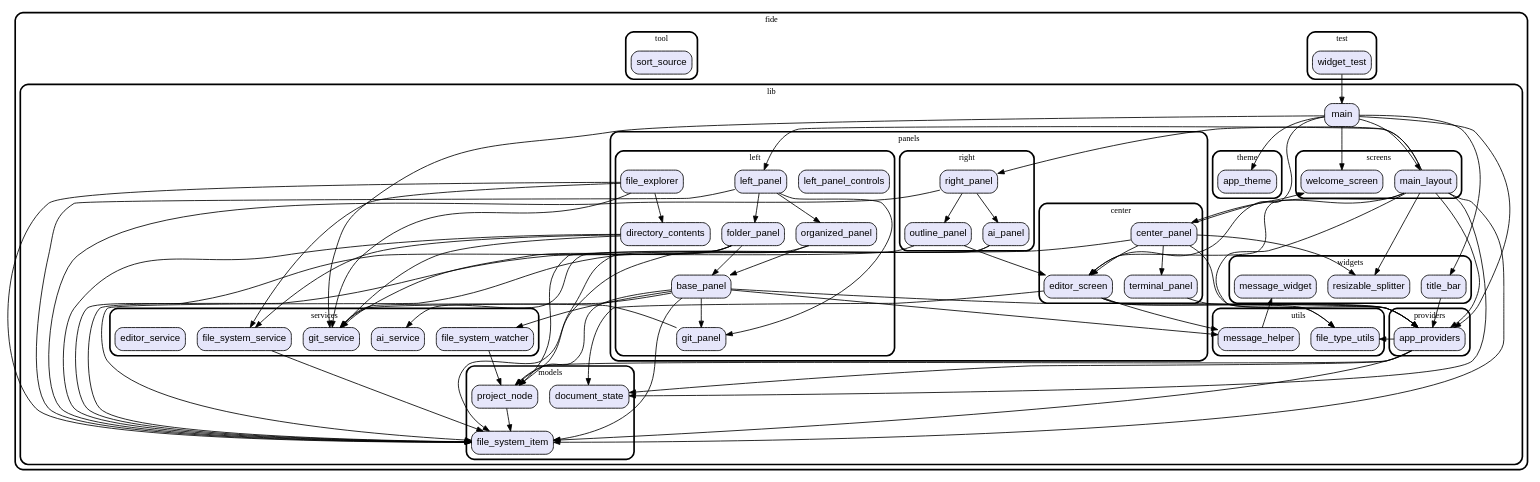
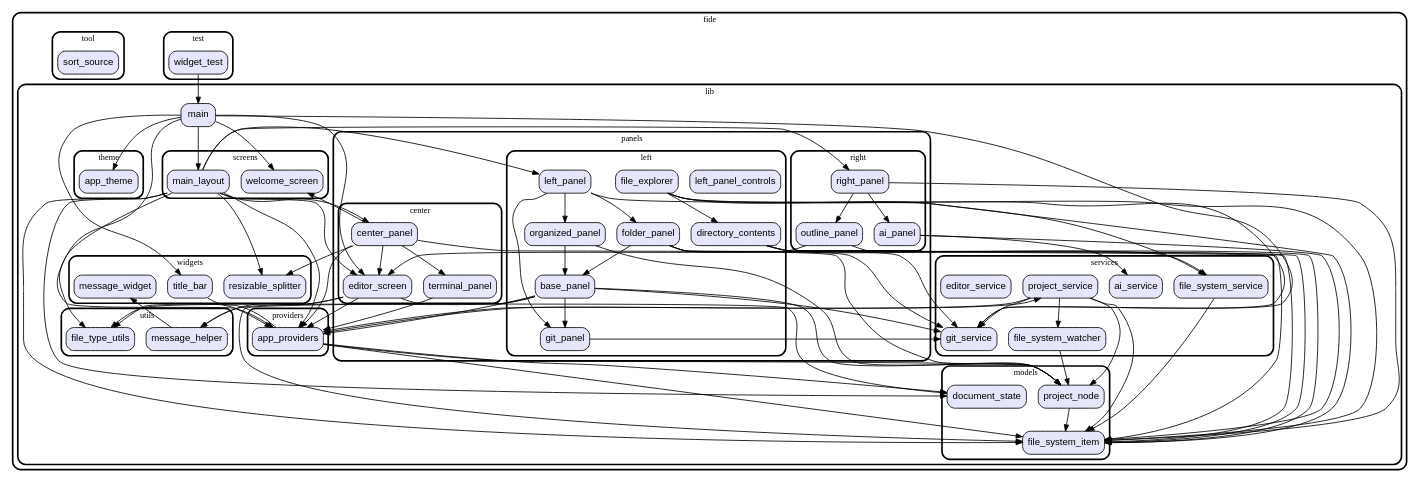
Before and after one commit to vteam-com/FIDE: the diagram in graph.dot, drawn with Graphviz. The commit also changed 6 other files, not shown here.

```diff
--- a/graph.dot
+++ b/graph.dot
@@ -1,187 +1,194 @@
 digraph "" {
   graph [style=rounded fontname="Arial Black" fontsize=13 penwidth=2.6];
   node [shape=rect style="filled,rounded" fontname=Arial fontsize=15 fillcolor=Lavender penwidth=1.3];
   edge [penwidth=1.3];
   "/test/widget_test.dart" [label="widget_test"];
   "/lib/providers/app_providers.dart" [label="app_providers"];
   "/lib/panels/right/outline_panel.dart" [label="outline_panel"];
   "/lib/panels/right/ai_panel.dart" [label="ai_panel"];
   "/lib/panels/right/right_panel.dart" [label="right_panel"];
   "/lib/panels/center/editor_screen.dart" [label="editor_screen"];
   "/lib/panels/center/terminal_panel.dart" [label="terminal_panel"];
   "/lib/panels/center/center_panel.dart" [label="center_panel"];
   "/lib/panels/left/git_panel.dart" [label="git_panel"];
   "/lib/panels/left/left_panel_controls.dart" [label="left_panel_controls"];
   "/lib/panels/left/base_panel.dart" [label="base_panel"];
   "/lib/panels/left/directory_contents.dart" [label="directory_contents"];
   "/lib/panels/left/folder_panel.dart" [label="folder_panel"];
   "/lib/panels/left/file_explorer.dart" [label="file_explorer"];
   "/lib/panels/left/left_panel.dart" [label="left_panel"];
   "/lib/panels/left/organized_panel.dart" [label="organized_panel"];
   "/lib/utils/message_helper.dart" [label="message_helper"];
   "/lib/utils/file_type_utils.dart" [label="file_type_utils"];
   "/lib/models/project_node.dart" [label="project_node"];
   "/lib/models/document_state.dart" [label="document_state"];
   "/lib/models/file_system_item.dart" [label="file_system_item"];
   "/lib/screens/main_layout.dart" [label="main_layout"];
   "/lib/screens/welcome_screen.dart" [label="welcome_screen"];
   "/lib/main.dart" [label="main"];
   "/lib/theme/app_theme.dart" [label="app_theme"];
+  "/lib/services/project_service.dart" [label="project_service"];
   "/lib/services/git_service.dart" [label="git_service"];
   "/lib/services/file_system_watcher.dart" [label="file_system_watcher"];
   "/lib/services/ai_service.dart" [label="ai_service"];
   "/lib/services/file_system_service.dart" [label="file_system_service"];
   "/lib/services/editor_service.dart" [label="editor_service"];
   "/lib/widgets/resizable_splitter.dart" [label="resizable_splitter"];
   "/lib/widgets/title_bar.dart" [label="title_bar"];
   "/lib/widgets/message_widget.dart" [label="message_widget"];
   "/tool/sort_source.dart" [label="sort_source"];
   subgraph "cluster~" {
     label="fide";
     subgraph "cluster~/test" {
       label="test";
       "/test/widget_test.dart";
     }
     subgraph "cluster~/lib" {
       label="lib";
       "/lib/main.dart";
       subgraph "cluster~/lib/providers" {
         label="providers";
         "/lib/providers/app_providers.dart";
       }
       subgraph "cluster~/lib/panels" {
         label="panels";
         subgraph "cluster~/lib/panels/right" {
           label="right";
           "/lib/panels/right/outline_panel.dart";
           "/lib/panels/right/ai_panel.dart";
           "/lib/panels/right/right_panel.dart";
         }
         subgraph "cluster~/lib/panels/center" {
           label="center";
           "/lib/panels/center/editor_screen.dart";
           "/lib/panels/center/terminal_panel.dart";
           "/lib/panels/center/center_panel.dart";
         }
         subgraph "cluster~/lib/panels/left" {
           label="left";
           "/lib/panels/left/git_panel.dart";
           "/lib/panels/left/left_panel_controls.dart";
           "/lib/panels/left/base_panel.dart";
           "/lib/panels/left/directory_contents.dart";
           "/lib/panels/left/folder_panel.dart";
           "/lib/panels/left/file_explorer.dart";
           "/lib/panels/left/left_panel.dart";
           "/lib/panels/left/organized_panel.dart";
         }
       }
       subgraph "cluster~/lib/utils" {
         label="utils";
         "/lib/utils/message_helper.dart";
         "/lib/utils/file_type_utils.dart";
       }
       subgraph "cluster~/lib/models" {
         label="models";
         "/lib/models/project_node.dart";
         "/lib/models/document_state.dart";
         "/lib/models/file_system_item.dart";
       }
       subgraph "cluster~/lib/screens" {
         label="screens";
         "/lib/screens/main_layout.dart";
         "/lib/screens/welcome_screen.dart";
       }
       subgraph "cluster~/lib/theme" {
         label="theme";
         "/lib/theme/app_theme.dart";
       }
       subgraph "cluster~/lib/services" {
         label="services";
+        "/lib/services/project_service.dart";
         "/lib/services/git_service.dart";
         "/lib/services/file_system_watcher.dart";
         "/lib/services/ai_service.dart";
         "/lib/services/file_system_service.dart";
         "/lib/services/editor_service.dart";
       }
       subgraph "cluster~/lib/widgets" {
         label="widgets";
         "/lib/widgets/resizable_splitter.dart";
         "/lib/widgets/title_bar.dart";
         "/lib/widgets/message_widget.dart";
       }
     }
     subgraph "cluster~/tool" {
       label="tool";
       "/tool/sort_source.dart";
     }
   }
   "/test/widget_test.dart" -> "/lib/main.dart";
   "/lib/providers/app_providers.dart" -> "/lib/models/file_system_item.dart";
   "/lib/providers/app_providers.dart" -> "/lib/models/project_node.dart";
   "/lib/providers/app_providers.dart" -> "/lib/models/document_state.dart";
+  "/lib/providers/app_providers.dart" -> "/lib/services/project_service.dart";
   "/lib/providers/app_providers.dart" -> "/lib/utils/file_type_utils.dart";
   "/lib/panels/right/outline_panel.dart" -> "/lib/models/file_system_item.dart";
   "/lib/panels/right/outline_panel.dart" -> "/lib/panels/center/editor_screen.dart";
   "/lib/panels/right/ai_panel.dart" -> "/lib/services/ai_service.dart";
   "/lib/panels/right/ai_panel.dart" -> "/lib/models/file_system_item.dart";
   "/lib/panels/right/right_panel.dart" -> "/lib/panels/right/outline_panel.dart";
   "/lib/panels/right/right_panel.dart" -> "/lib/panels/right/ai_panel.dart";
   "/lib/panels/right/right_panel.dart" -> "/lib/models/file_system_item.dart";
   "/lib/panels/center/editor_screen.dart" -> "/lib/providers/app_providers.dart";
   "/lib/panels/center/editor_screen.dart" -> "/lib/utils/message_helper.dart";
   "/lib/panels/center/editor_screen.dart" -> "/lib/utils/file_type_utils.dart";
   "/lib/panels/center/editor_screen.dart" -> "/lib/models/document_state.dart";
   "/lib/panels/center/terminal_panel.dart" -> "/lib/providers/app_providers.dart";
   "/lib/panels/center/center_panel.dart" -> "/lib/providers/app_providers.dart";
   "/lib/panels/center/center_panel.dart" -> "/lib/screens/welcome_screen.dart";
   "/lib/panels/center/center_panel.dart" -> "/lib/panels/center/editor_screen.dart";
   "/lib/panels/center/center_panel.dart" -> "/lib/panels/center/terminal_panel.dart";
   "/lib/panels/center/center_panel.dart" -> "/lib/widgets/resizable_splitter.dart";
   "/lib/panels/center/center_panel.dart" -> "/lib/models/file_system_item.dart";
   "/lib/panels/left/git_panel.dart" -> "/lib/services/git_service.dart";
   "/lib/panels/left/base_panel.dart" -> "/lib/models/project_node.dart";
   "/lib/panels/left/base_panel.dart" -> "/lib/models/file_system_item.dart";
   "/lib/panels/left/base_panel.dart" -> "/lib/services/git_service.dart";
-  "/lib/panels/left/base_panel.dart" -> "/lib/services/file_system_watcher.dart";
   "/lib/panels/left/base_panel.dart" -> "/lib/utils/message_helper.dart";
   "/lib/panels/left/base_panel.dart" -> "/lib/panels/left/git_panel.dart";
   "/lib/panels/left/base_panel.dart" -> "/lib/providers/app_providers.dart";
   "/lib/panels/left/directory_contents.dart" -> "/lib/services/file_system_service.dart";
   "/lib/panels/left/directory_contents.dart" -> "/lib/services/git_service.dart";
   "/lib/panels/left/directory_contents.dart" -> "/lib/models/file_system_item.dart";
   "/lib/panels/left/folder_panel.dart" -> "/lib/models/project_node.dart";
   "/lib/panels/left/folder_panel.dart" -> "/lib/models/file_system_item.dart";
   "/lib/panels/left/folder_panel.dart" -> "/lib/services/git_service.dart";
   "/lib/panels/left/folder_panel.dart" -> "/lib/panels/left/base_panel.dart";
   "/lib/panels/left/file_explorer.dart" -> "/lib/services/file_system_service.dart";
   "/lib/panels/left/file_explorer.dart" -> "/lib/services/git_service.dart";
   "/lib/panels/left/file_explorer.dart" -> "/lib/models/file_system_item.dart";
   "/lib/panels/left/file_explorer.dart" -> "/lib/panels/left/directory_contents.dart";
   "/lib/panels/left/left_panel.dart" -> "/lib/panels/left/folder_panel.dart";
   "/lib/panels/left/left_panel.dart" -> "/lib/panels/left/organized_panel.dart";
   "/lib/panels/left/left_panel.dart" -> "/lib/panels/left/git_panel.dart";
   "/lib/panels/left/left_panel.dart" -> "/lib/models/file_system_item.dart";
   "/lib/panels/left/organized_panel.dart" -> "/lib/models/project_node.dart";
   "/lib/panels/left/organized_panel.dart" -> "/lib/panels/left/base_panel.dart";
   "/lib/utils/message_helper.dart" -> "/lib/widgets/message_widget.dart";
   "/lib/models/project_node.dart" -> "/lib/models/file_system_item.dart";
   "/lib/screens/main_layout.dart" -> "/lib/panels/center/editor_screen.dart";
   "/lib/screens/main_layout.dart" -> "/lib/providers/app_providers.dart";
   "/lib/screens/main_layout.dart" -> "/lib/models/file_system_item.dart";
   "/lib/screens/main_layout.dart" -> "/lib/models/document_state.dart";
   "/lib/screens/main_layout.dart" -> "/lib/utils/file_type_utils.dart";
   "/lib/screens/main_layout.dart" -> "/lib/widgets/resizable_splitter.dart";
   "/lib/screens/main_layout.dart" -> "/lib/panels/left/left_panel.dart";
   "/lib/screens/main_layout.dart" -> "/lib/panels/center/center_panel.dart";
   "/lib/screens/main_layout.dart" -> "/lib/panels/right/right_panel.dart";
   "/lib/main.dart" -> "/lib/providers/app_providers.dart";
   "/lib/main.dart" -> "/lib/screens/main_layout.dart";
   "/lib/main.dart" -> "/lib/widgets/title_bar.dart";
   "/lib/main.dart" -> "/lib/panels/center/editor_screen.dart";
   "/lib/main.dart" -> "/lib/screens/welcome_screen.dart";
   "/lib/main.dart" -> "/lib/services/git_service.dart";
   "/lib/main.dart" -> "/lib/theme/app_theme.dart";
+  "/lib/services/project_service.dart" -> "/lib/models/project_node.dart";
+  "/lib/services/project_service.dart" -> "/lib/models/file_system_item.dart";
+  "/lib/services/project_service.dart" -> "/lib/services/git_service.dart";
+  "/lib/services/project_service.dart" -> "/lib/services/file_system_watcher.dart";
+  "/lib/services/project_service.dart" -> "/lib/providers/app_providers.dart";
   "/lib/services/file_system_watcher.dart" -> "/lib/models/project_node.dart";
   "/lib/services/file_system_service.dart" -> "/lib/models/file_system_item.dart";
   "/lib/widgets/title_bar.dart" -> "/lib/providers/app_providers.dart";
 }
```
